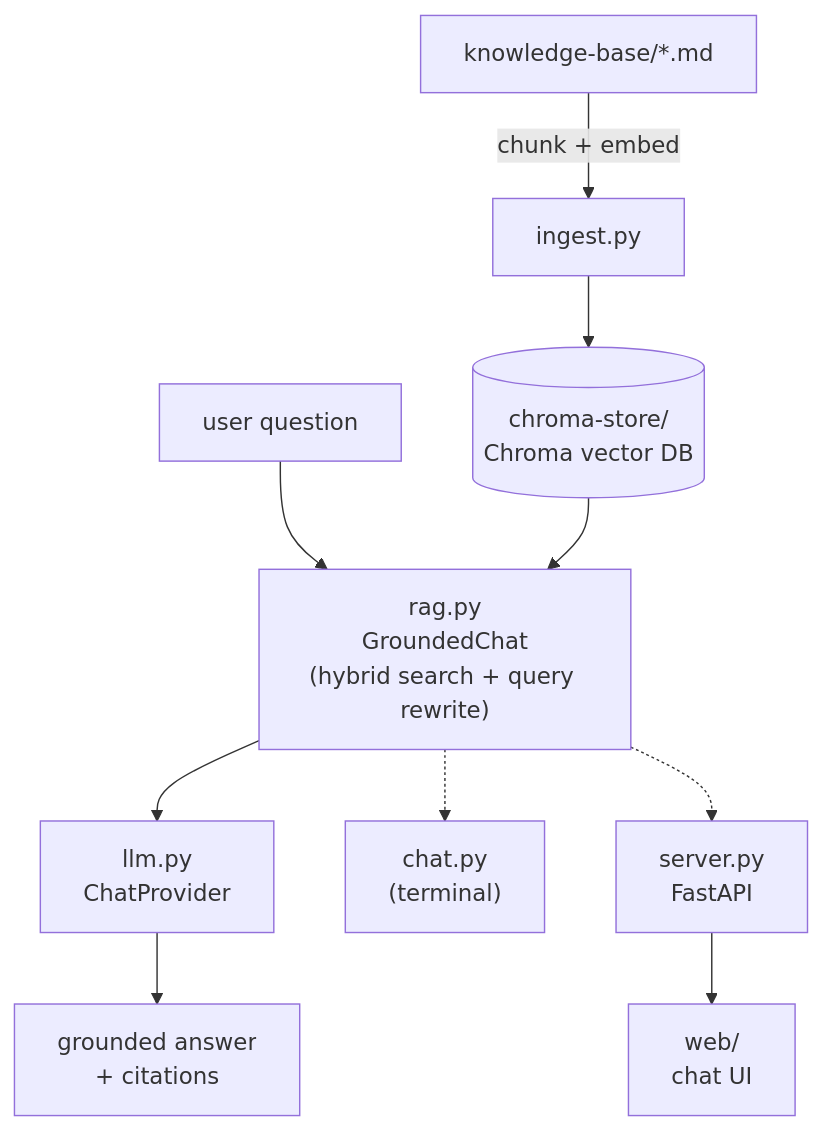
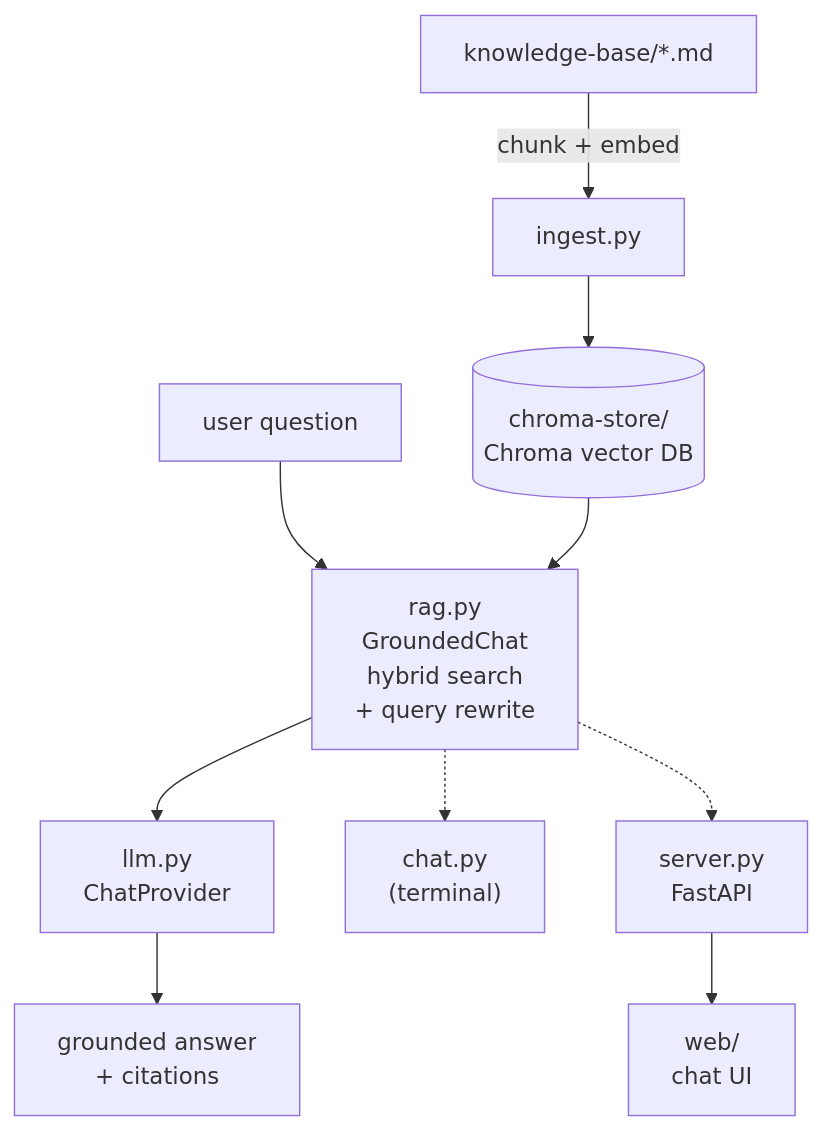
One commit to bhagya-d36/Fight-IQ changed the diagram in README.md. Above: the diagram before and after it, drawn with Mermaid.

Commit message:
Fix clipped label in README architecture diagram

````diff
--- a/README.md
+++ b/README.md
@@ -12,14 +12,14 @@
 ```mermaid
 flowchart TD
     KB["knowledge-base/*.md"] -->|chunk + embed| ING["ingest.py"]
     ING --> STORE[("chroma-store/<br/>Chroma vector DB")]
 
-    Q["user question"] --> RAG["rag.py<br/>GroundedChat<br/>(hybrid search + query rewrite)"]
+    Q["user question"] --> RAG["rag.py<br/>GroundedChat<br/>hybrid search<br/>+ query rewrite"]
     STORE --> RAG
     RAG --> LLM["llm.py<br/>ChatProvider"]
     LLM --> ANS["grounded answer<br/>+ citations"]
 
     RAG -.-> CHAT["chat.py<br/>(terminal)"]
     RAG -.-> SRV["server.py<br/>FastAPI"]
     SRV --> WEB["web/<br/>chat UI"]
 ```
````
